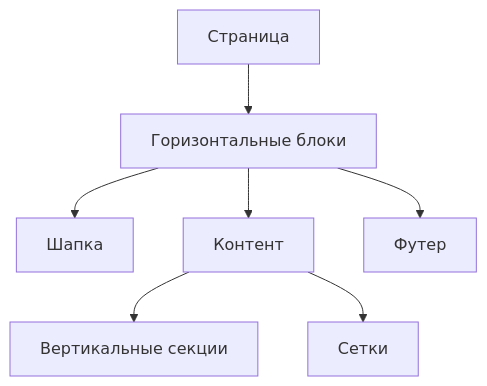
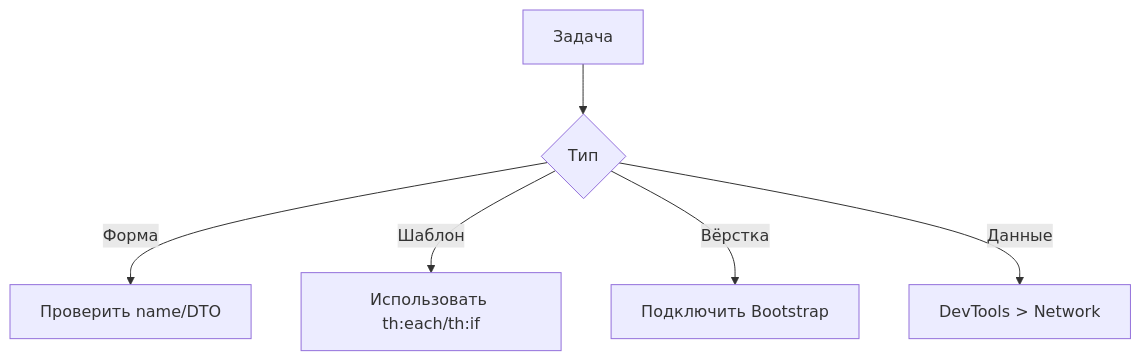
Before and after one commit to Fab3693/Obsidian: the diagram in Программирование/Spring/MVC/HTML.md, drawn with Mermaid. The commit also changed other lines of this file and 1 other file, not shown here.

````diff
--- a/Программирование/Spring/MVC/HTML.md
+++ b/Программирование/Spring/MVC/HTML.md
@@ -47,9 +121,8 @@
-   ```mermaid
-   graph TD
-   A[Страница] --> B[Горизонтальные блоки]
-   B --> C[Шапка]
-   B --> D[Контент]
-   B --> E[Футер]
-   D --> F[Вертикальные секции]
-   D --> G[Сетки]
-   ```
+```mermaid
+graph TD
+    A[Задача] --> B{Тип}
+    B --> |Форма| C[Проверить name/DTO]
+    B --> |Шаблон| D[Использовать th:each/th:if]
+    B --> |Вёрстка| E[Подключить Bootstrap]
+    B --> |Данные| F[DevTools > Network]
+```
````
